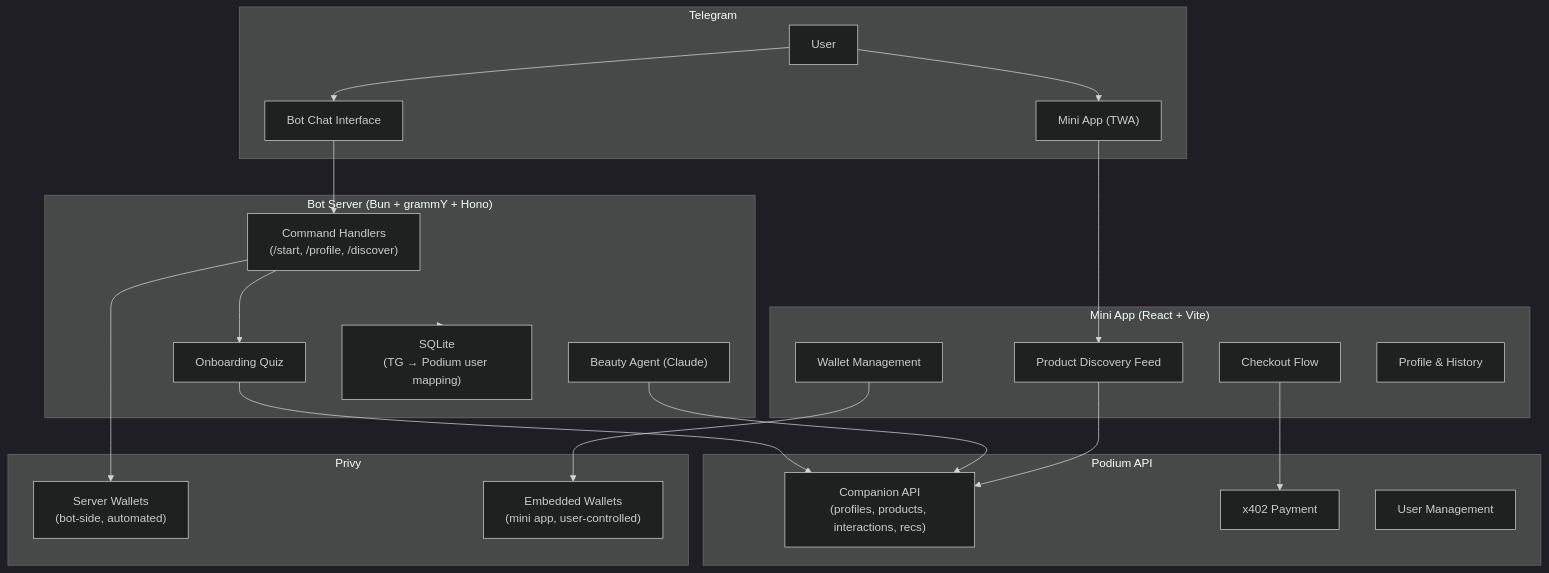
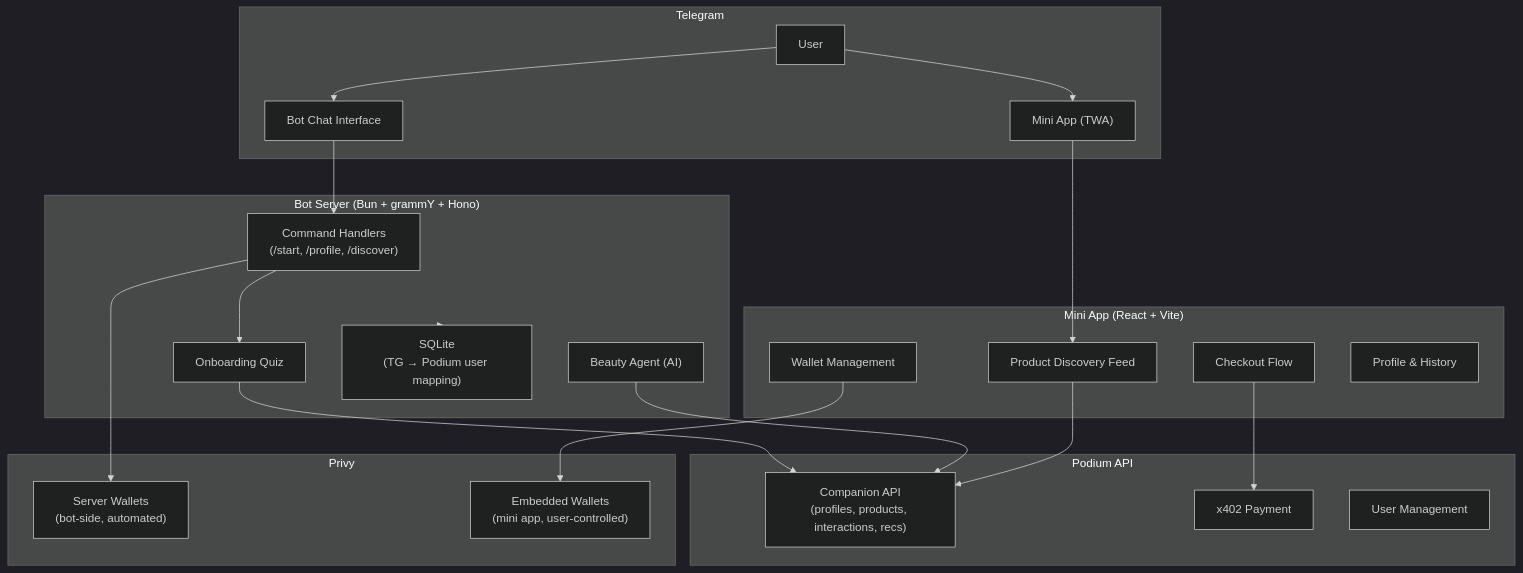
The diagram in agentic/beauty-companion.mdx (kiki-world-01/Docs), drawn with Mermaid (dark theme) before and after one commit. The commit also changed other lines of this file and 25 other files, not shown here.

````diff
--- a/agentic/beauty-companion.mdx
+++ b/agentic/beauty-companion.mdx
@@ -18,43 +18,43 @@
 ```mermaid
 graph TB
     subgraph telegram ["Telegram"]
         User["User"]
         BotUI["Bot Chat Interface"]
         MiniApp["Mini App (TWA)"]
     end
 
     subgraph bot ["Bot Server (Bun + grammY + Hono)"]
         Commands["Command Handlers<br/>(/start, /profile, /discover)"]
         Quiz["Onboarding Quiz"]
-        Agent["Beauty Agent (Claude)"]
+        Agent["Beauty Agent (AI)"]
         SQLite["SQLite<br/>(TG → Podium user mapping)"]
     end
 
     subgraph miniapp ["Mini App (React + Vite)"]
         Discovery["Product Discovery Feed"]
         Checkout["Checkout Flow"]
         Wallet["Wallet Management"]
         Profile["Profile & History"]
     end
 
     subgraph podium ["Podium API"]
         CompanionAPI["Companion API<br/>(profiles, products, interactions, recs)"]
         x402API["x402 Payment"]
         UserAPI["User Management"]
     end
 
     subgraph wallets ["Privy"]
         ServerWallet["Server Wallets<br/>(bot-side, automated)"]
         EmbeddedWallet["Embedded Wallets<br/>(mini app, user-controlled)"]
     end
 
     User --> BotUI --> Commands
     User --> MiniApp --> Discovery
     Commands --> Quiz --> CompanionAPI
     Agent --> CompanionAPI
     Discovery --> CompanionAPI
     Checkout --> x402API
     Wallet --> EmbeddedWallet
     Commands --> ServerWallet
     bot --> SQLite
 ```
````
